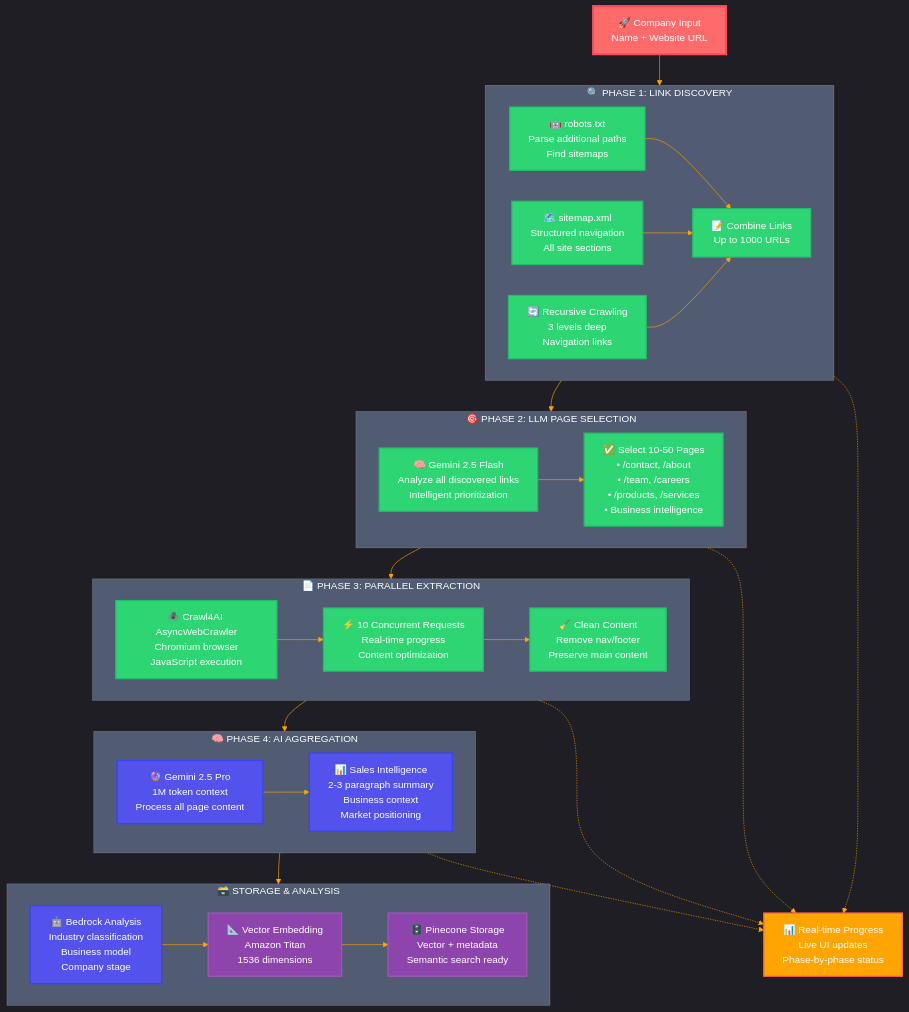
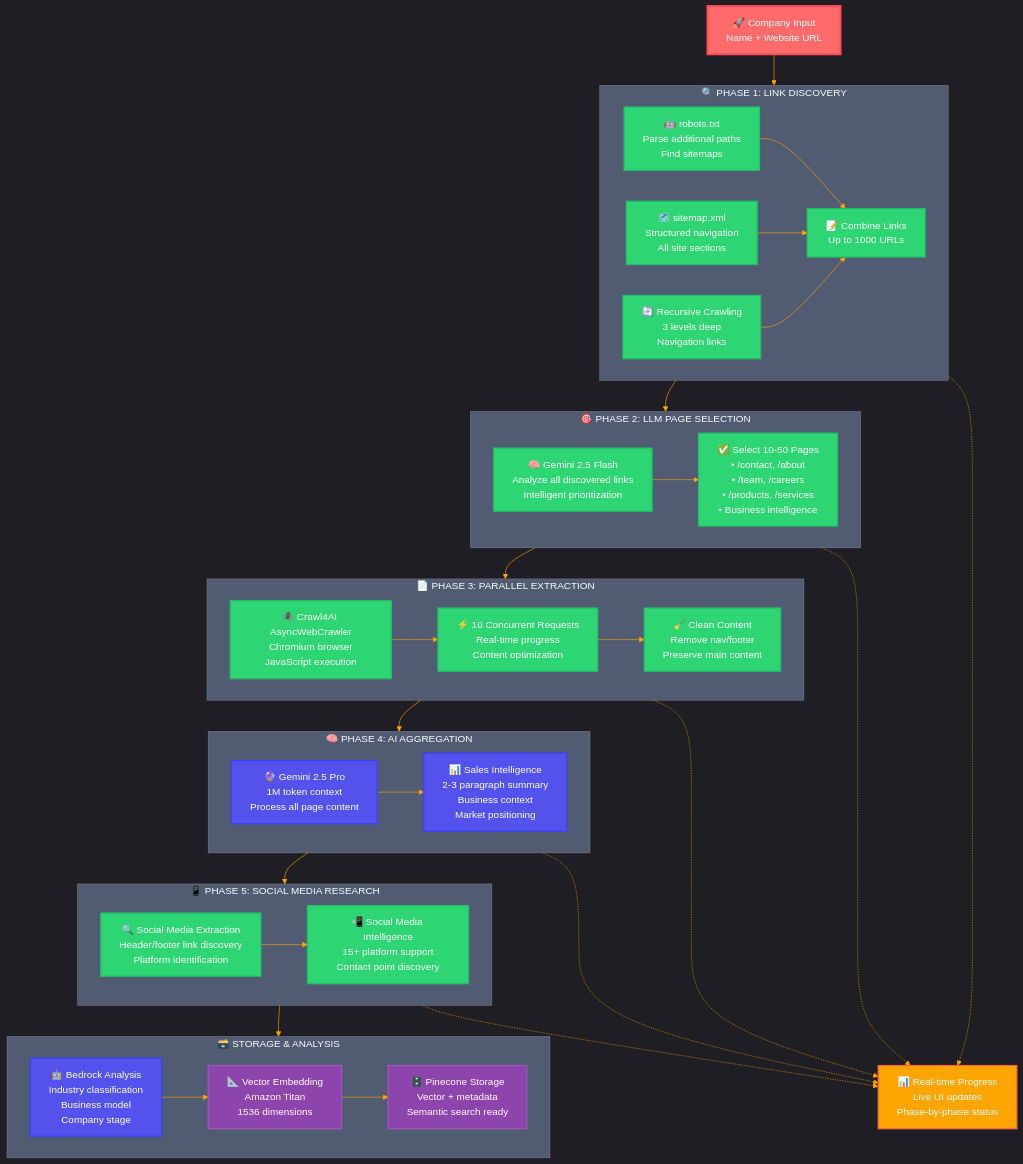
The second of 4 diagrams in README.md (AntoineDubuc/Theodore), drawn with Mermaid before and after one commit. The commit also changed other lines of this file and 32 other files, not shown here.

````diff
--- a/README.md
+++ b/README.md
@@ -245,7 +251,16 @@
         Aggregate --> Intelligence
     end
     
-    Phase4 --> Storage
+    Phase4 --> Phase5
+    
+    subgraph Phase5["📱 PHASE 5: SOCIAL MEDIA RESEARCH"]
+        SocialExtraction["🔍 Social Media Extraction<br/>Header/footer link discovery<br/>Platform identification"]
+        SocialIntelligence["📲 Social Media Intelligence<br/>15+ platform support<br/>Contact point discovery"]
+        
+        SocialExtraction --> SocialIntelligence
+    end
+    
+    Phase5 --> Storage
     
     subgraph Storage["🗃️ STORAGE & ANALYSIS"]
         Analysis["🤖 Bedrock Analysis<br/>Industry classification<br/>Business model<br/>Company stage"]
@@ -261,6 +276,7 @@
     Phase2 -.-> Progress
     Phase3 -.-> Progress
     Phase4 -.-> Progress
+    Phase5 -.-> Progress
     
     %% Styling
     classDef phaseStyle fill:#ff6b6b,stroke:#ff4757,stroke-width:3px,color:#ffffff
@@ -272,6 +288,7 @@
     class Start phaseStyle
     class RobotsTxt,Sitemap,Recursive,Combine1,LLMAnalysis,Selection,Crawl4AI,Parallel,Clean processStyle
     class Aggregate,Intelligence,Analysis aiStyle
+    class SocialExtraction,SocialIntelligence processStyle
     class Embedding,Database storageStyle
     class Progress progressStyle
 ```
````
